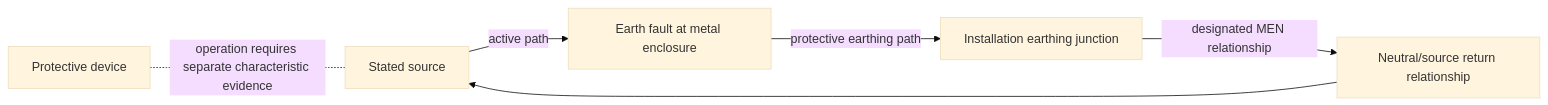
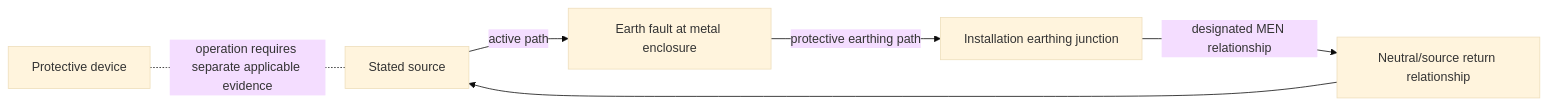
Before and after one commit to andrew3stedall/capstone: the third of 3 diagrams in docs/learning-plans/6-week/modules/day-10-earth-fault-current-path-and-disconnection-reasoning.md, drawn with Mermaid (base theme). The commit also changed other lines of this file, not shown here.

````diff
--- a/docs/learning-plans/6-week/modules/day-10-earth-fault-current-path-and-disconnection-reasoning.md
+++ b/docs/learning-plans/6-week/modules/day-10-earth-fault-current-path-and-disconnection-reasoning.md
@@ -141,8 +188,8 @@
 ```mermaid
 flowchart LR
     S["Stated source"] -->|"active path"| F["Earth fault at metal enclosure"]
     F -->|"protective earthing path"| T["Installation earthing junction"]
     T -->|"designated MEN relationship"| N["Neutral/source return relationship"]
     N --> S
-    D["Protective device"] -. "operation requires separate characteristic evidence" .- S
+    D["Protective device"] -. "operation requires separate applicable evidence" .- S
 ```
````
